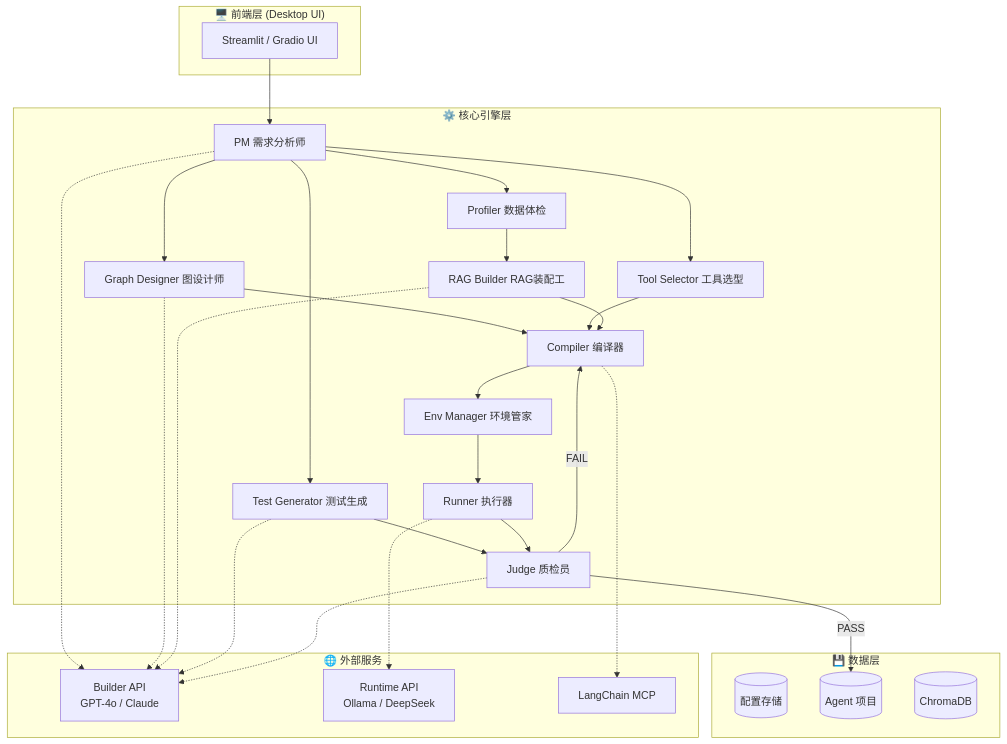
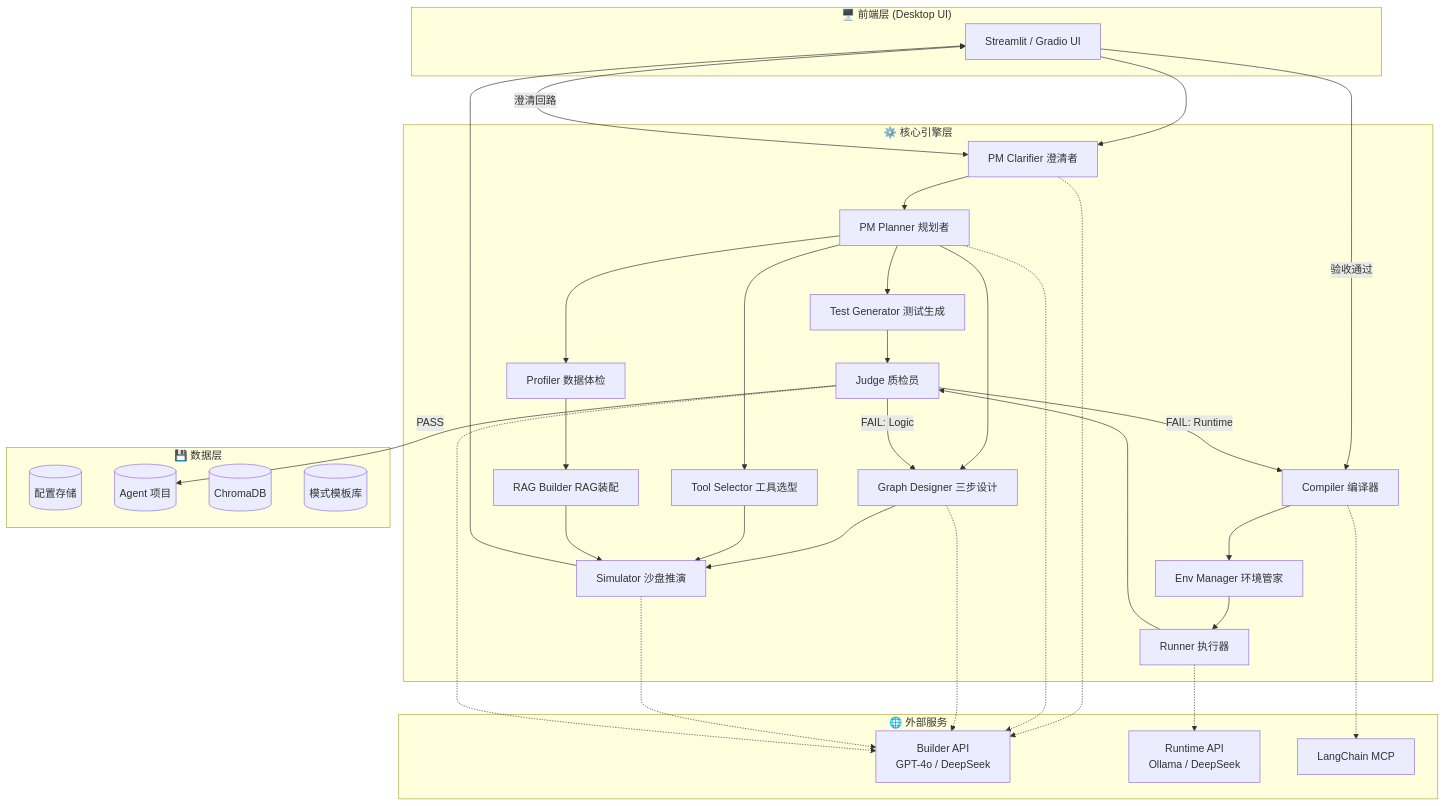
The first of 2 diagrams in Agent_Zero_详细实施计划.md (Olding1/Agent_Zero), drawn with Mermaid before and after one commit. The commit also changed other lines of this file and 165 other files, not shown here.

````diff
--- a/Agent_Zero_详细实施计划.md
+++ b/Agent_Zero_详细实施计划.md
@@ -11,44 +11,52 @@
 ```mermaid
 graph TB
     subgraph Frontend["🖥️ 前端层 (Desktop UI)"]
         UI[Streamlit / Gradio UI]
     end
     
     subgraph Core["⚙️ 核心引擎层"]
-        PM[PM 需求分析师]
-        GD[Graph Designer 图设计师]
+        PM_C[PM Clarifier 澄清者]
+        PM_P[PM Planner 规划者]
+        GD[Graph Designer 三步设计]
         TS[Tool Selector 工具选型]
         PF[Profiler 数据体检]
-        RB[RAG Builder RAG装配工]
+        RB[RAG Builder RAG装配]
+        SIM[Simulator 沙盘推演]
         TG[Test Generator 测试生成]
         CP[Compiler 编译器]
         EM[Env Manager 环境管家]
         RN[Runner 执行器]
         JD[Judge 质检员]
     end
     
     subgraph Data["💾 数据层"]
         Config[(配置存储)]
         Agents[(Agent 项目)]
         VectorDB[(ChromaDB)]
+        Patterns[(模式模板库)]
     end
     
     subgraph External["🌐 外部服务"]
-        BuilderAPI[Builder API\nGPT-4o / Claude]
-        RuntimeAPI[Runtime API\nOllama / DeepSeek]
+        BuilderAPI[Builder API<br/>GPT-4o / DeepSeek]
+        RuntimeAPI[Runtime API<br/>Ollama / DeepSeek]
         MCP[LangChain MCP]
     end
     
-    UI --> PM
-    PM --> GD & TS & PF & TG
-    GD & TS --> CP
-    PF --> RB --> CP
+    UI --> PM_C
+    PM_C <-->|澄清回路| UI
+    PM_C --> PM_P
+    PM_P --> GD & TS & PF & TG
+    GD & TS --> SIM
+    PF --> RB --> SIM
+    SIM --> UI
+    UI -->|验收通过| CP
     TG --> JD
     CP --> EM --> RN --> JD
-    JD -->|FAIL| CP
+    JD -->|FAIL: Runtime| CP
+    JD -->|FAIL: Logic| GD
     JD -->|PASS| Agents
     
-    PM & GD & RB & TG & JD -.-> BuilderAPI
+    PM_C & PM_P & GD & SIM & JD -.-> BuilderAPI
     RN -.-> RuntimeAPI
     CP -.-> MCP
 ```
````
